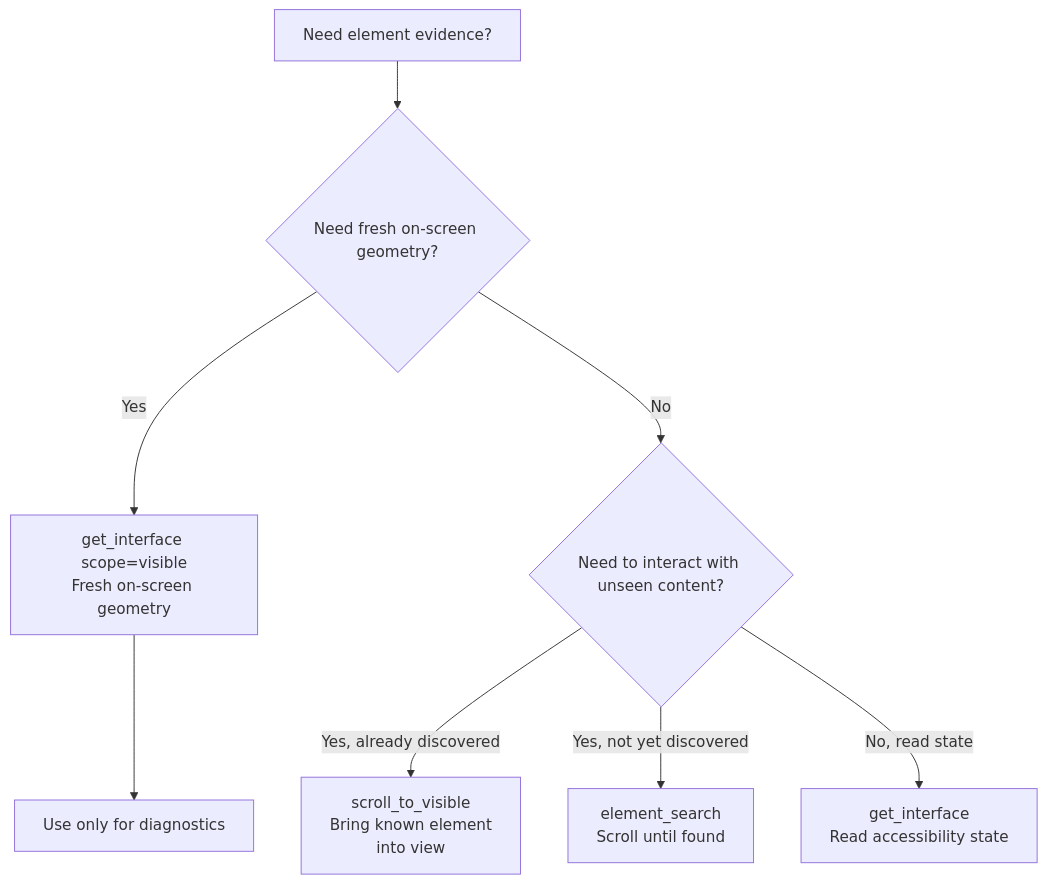
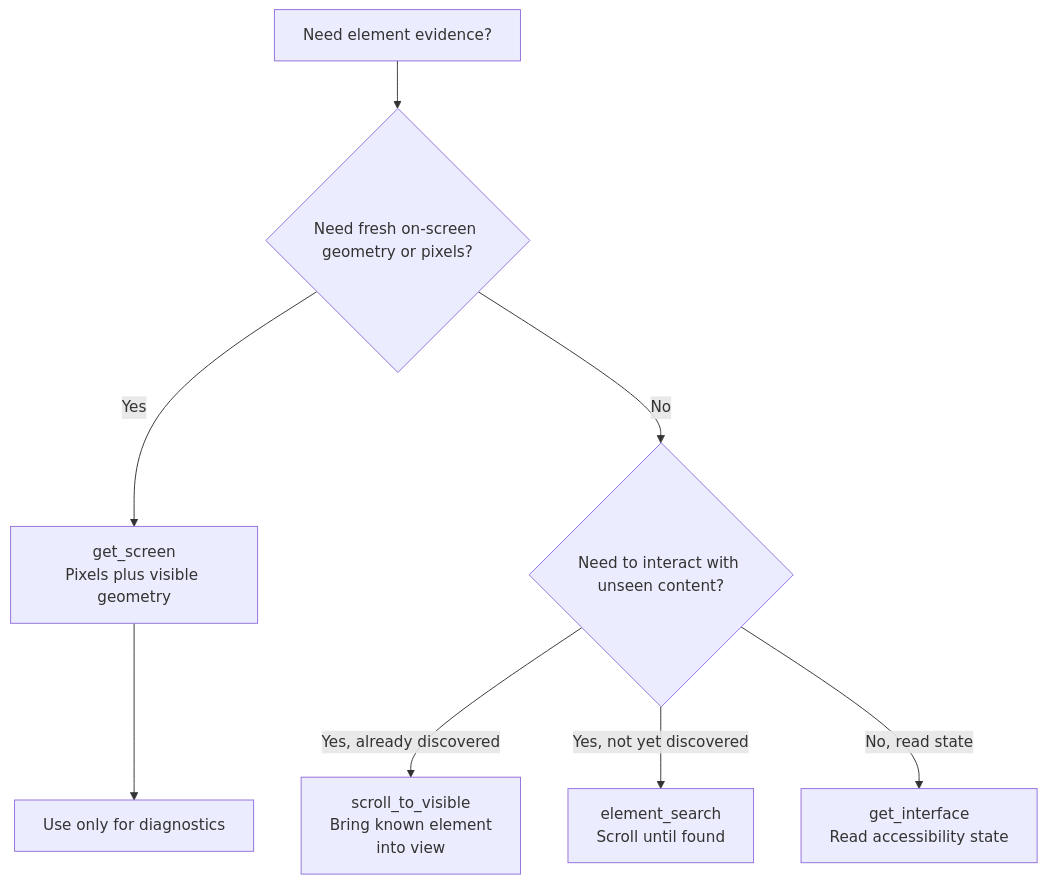
One commit to RoyalPineapple/TheButtonHeist changed the third of 5 diagrams in docs/WIRE-PROTOCOL.md. Above: the diagram before and after it, drawn with Mermaid. The commit also changed other lines of this file and 39 other files, not shown here.

````diff
--- a/docs/WIRE-PROTOCOL.md
+++ b/docs/WIRE-PROTOCOL.md
@@ -887,10 +887,10 @@
 ```mermaid
 flowchart TD
-    A[Need element evidence?] --> B{Need fresh on-screen geometry?}
-    B -->|Yes| C[get_interface scope=visible<br>Fresh on-screen geometry]
+    A[Need element evidence?] --> B{Need fresh on-screen geometry or pixels?}
+    B -->|Yes| C[get_screen<br>Pixels plus visible geometry]
     B -->|No| D{Need to interact with unseen content?}
     D -->|Yes, already discovered| E[scroll_to_visible<br>Bring known element<br>into view]
     D -->|Yes, not yet discovered| I[element_search<br>Scroll until found]
     D -->|No, read state| F[get_interface<br>Read accessibility state]
     C --> H[Use only for diagnostics]
 ```
````
